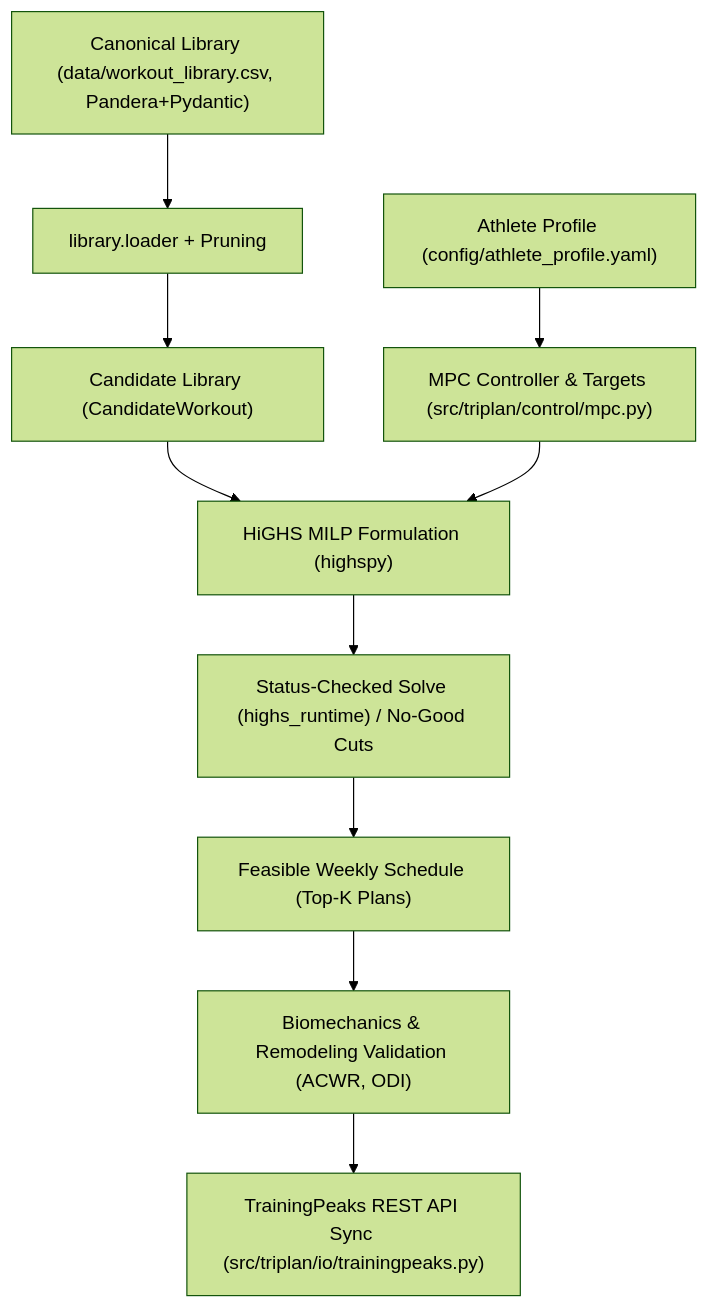
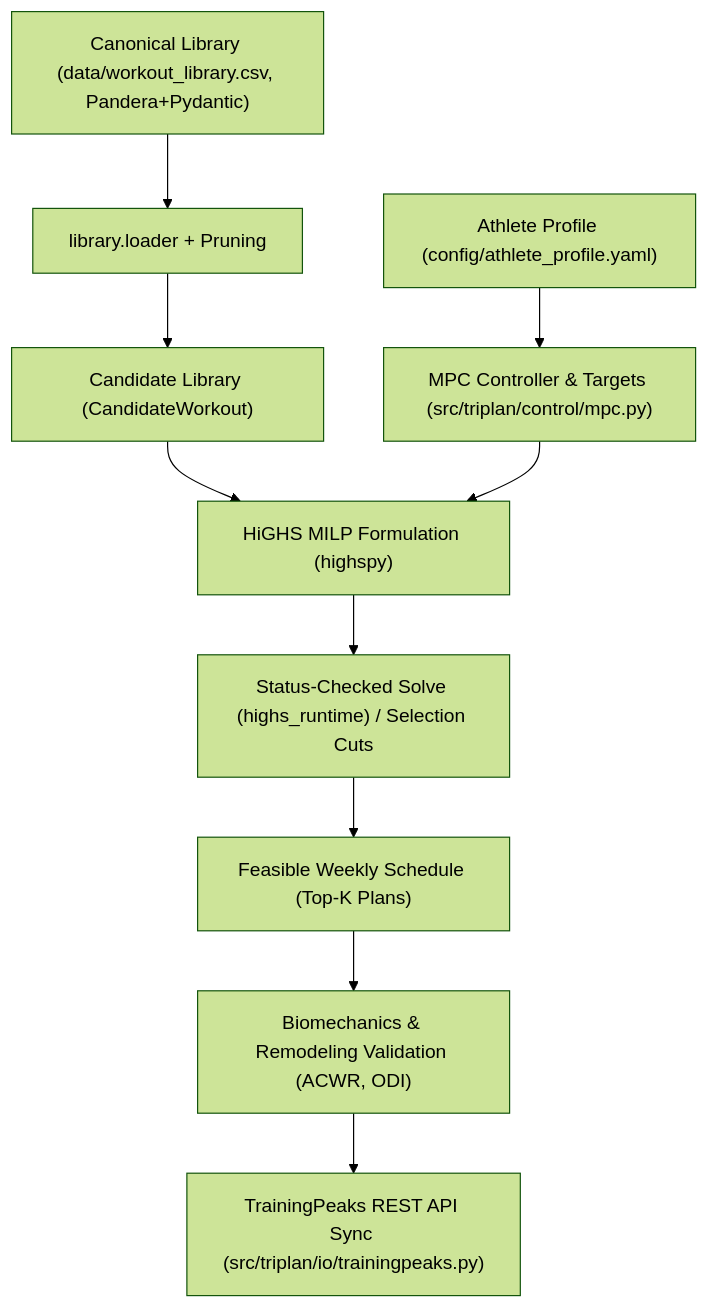
One commit to driscoll42/triathlon_planning changed the diagram in docs/STATE_SUMMARY.md. Above: the diagram before and after it, drawn with Mermaid (forest theme). The commit also changed other lines of this file and 18 other files, not shown here.

First line of the commit message:
Selection Top-K cuts, clone pruning, symmetry row; retire seed race (TASK-020, TASK-004)

````diff
--- a/docs/STATE_SUMMARY.md
+++ b/docs/STATE_SUMMARY.md
@@ -25,11 +25,11 @@
 ```mermaid
 flowchart TD
     A["Canonical Library (data/workout_library.csv, Pandera+Pydantic)"] --> B["library.loader + Pruning"]
     B --> C["Candidate Library (CandidateWorkout)"]
     D["Athlete Profile (config/athlete_profile.yaml)"] --> E["MPC Controller & Targets (src/triplan/control/mpc.py)"]
     C & E --> F["HiGHS MILP Formulation (highspy)"]
-    F --> G["Status-Checked Solve (highs_runtime) / No-Good Cuts"]
+    F --> G["Status-Checked Solve (highs_runtime) / Selection Cuts"]
     G --> H["Feasible Weekly Schedule (Top-K Plans)"]
     H --> I["Biomechanics & Remodeling Validation (ACWR, ODI)"]
     I --> J["TrainingPeaks REST API Sync (src/triplan/io/trainingpeaks.py)"]
 ```
````
